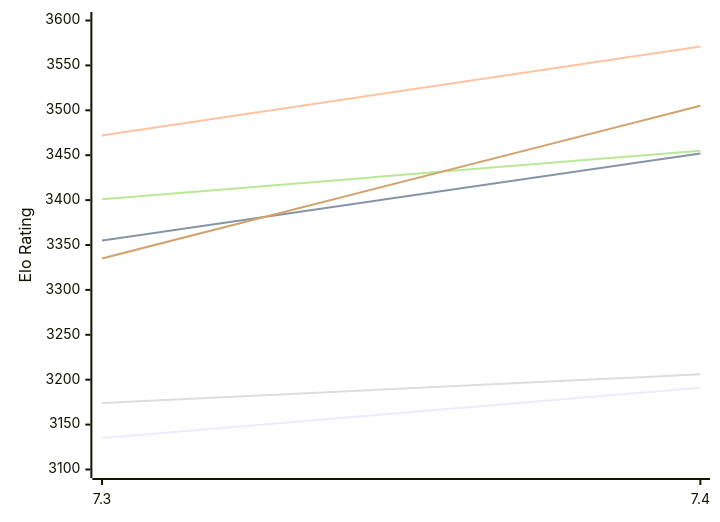
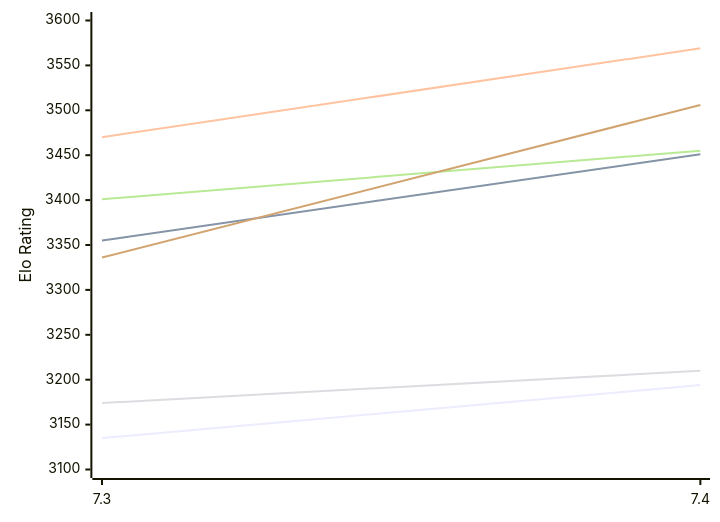
Before and after one commit to computer-chess-index/cci: the diagram in engines/Booot.md, drawn with Mermaid. The commit also changed other lines of this file, not shown here.

Commit message:
Update CCI Ratings (ELO VLTC) - 2026-11-28

````diff
--- a/engines/Booot.md
+++ b/engines/Booot.md
@@ -49,12 +49,12 @@
 ```mermaid
 %%{init: {"theme":"base","themeVariables":{"seriesColors:['#a3a3a3','#222221','#faa371']}}}%%
 xychart-beta
   x-axis ["7.3", "7.4"]
   y-axis "Elo Rating" 3100 --> 3600
-  line "E1: STC (8.0+0.08s)" [3135, 3191]
-  line "E1: LTC (60.0+0.60s)" [3355, 3452]
-  line "E1: VLTC (2m24s+1.12s)" [3472, 3571]
-  line "P1: STC (8.0+0.08s)" [3174, 3206]
+  line "E1: STC (8.0+0.08s)" [3135, 3194]
+  line "E1: LTC (60.0+0.60s)" [3355, 3451]
+  line "E1: VLTC (2m24s+1.12s)" [3470, 3569]
+  line "P1: STC (8.0+0.08s)" [3174, 3210]
   line "P1: LTC (60.0+0.60s)" [3401, 3455]
-  line "P1: VLTC (2m24s+1.12s)" [3335, 3505]
+  line "P1: VLTC (2m24s+1.12s)" [3336, 3506]
 ```
````
